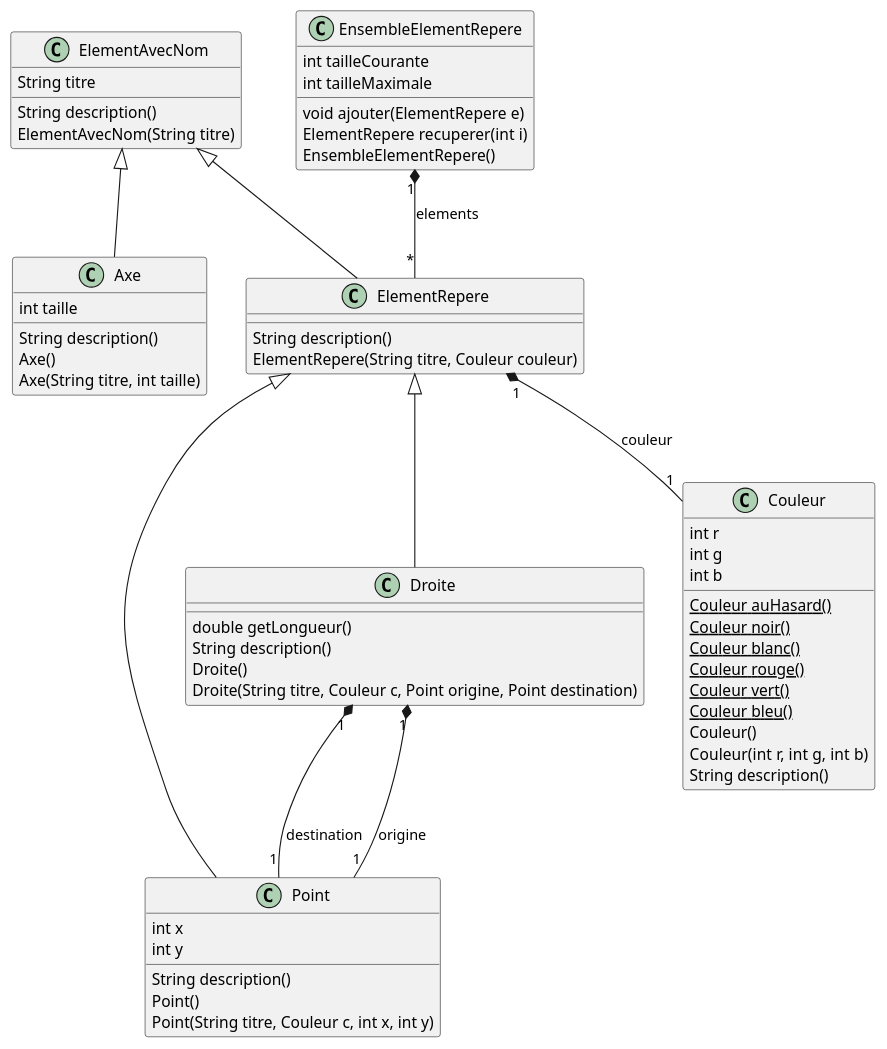
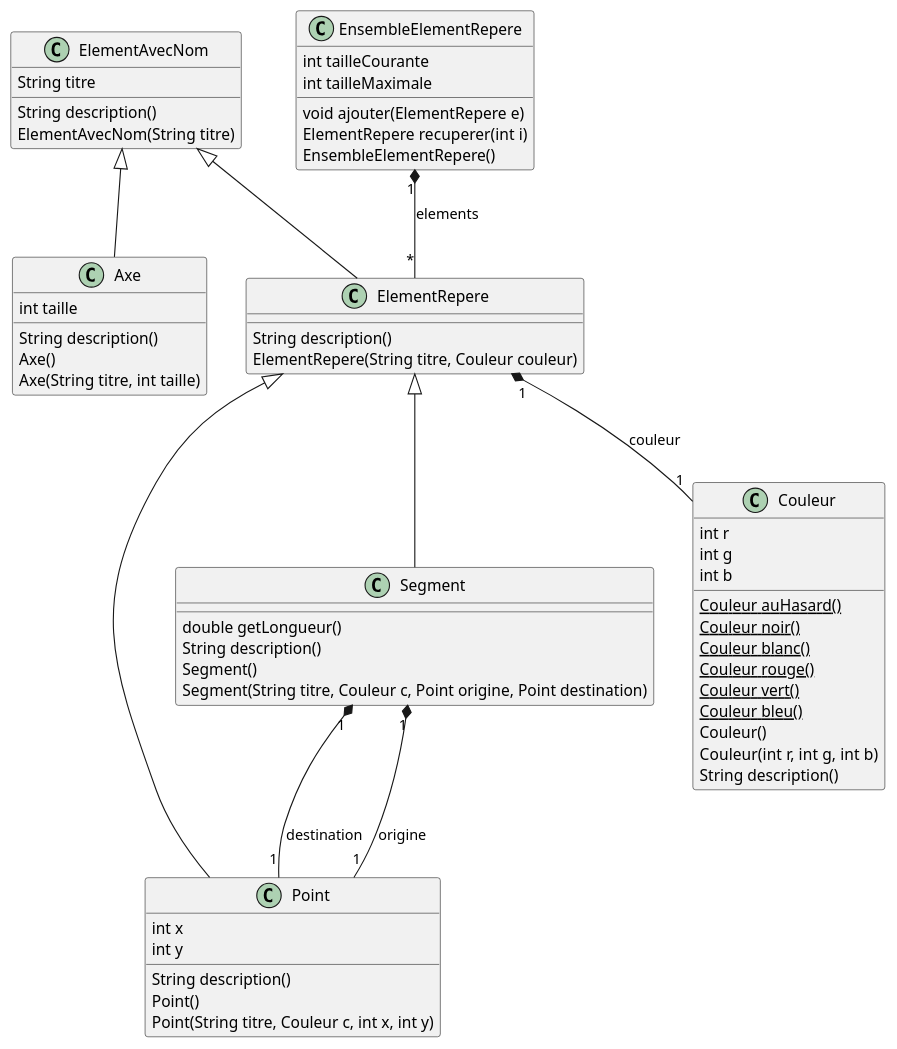
Before and after one commit to EnseirbTelecom/pg220-official: the diagram in tp1/doc/design.puml, drawn with PlantUML. The commit also changed 5 other files, not shown here.

Commit message:
fix: rename Droite to Segment.

```diff
--- a/tp1/doc/design.puml
+++ b/tp1/doc/design.puml
@@ -1,60 +1,60 @@
 @startuml design.png
 class ElementAvecNom {
   String titre
   String description()
   ElementAvecNom(String titre)
 }
 class ElementRepere
 ElementAvecNom <|-- Axe
 ElementAvecNom <|-- ElementRepere
 ElementRepere <|-- Point
 class Point {
   int x
   int y
   String description()
   Point()
   Point(String titre, Couleur c, int x, int y)
 }
-ElementRepere <|-- Droite
-class Droite {
+ElementRepere <|-- Segment
+class Segment {
   double getLongueur()
   String description()
-  Droite()
-  Droite(String titre, Couleur c, Point origine, Point destination)
+  Segment()
+  Segment(String titre, Couleur c, Point origine, Point destination)
 }
-Droite "1" *-- "1" Point : origine
-Droite "1" *-- "1" Point : destination
+Segment "1" *-- "1" Point : origine
+Segment "1" *-- "1" Point : destination
 class Couleur {
   {static} Couleur auHasard()
   {static} Couleur noir()
   {static} Couleur blanc()
   {static} Couleur rouge()
   {static} Couleur vert()
   {static} Couleur bleu()
   int r
   int g
   int b
   Couleur()
   Couleur(int r, int g, int b)
   String description()
 }
 ElementRepere "1" *-- "1" Couleur : couleur
 class ElementRepere {
   String description()
   ElementRepere(String titre, Couleur couleur)
 }
 class Axe {
   int taille
   String description()
   Axe()
   Axe(String titre, int taille)
 }
 class EnsembleElementRepere {
   int tailleCourante
   int tailleMaximale
   void ajouter(ElementRepere e)
   ElementRepere recuperer(int i)
   EnsembleElementRepere()
 }
 EnsembleElementRepere "1" *-- "*" ElementRepere : elements
 @enduml
```
